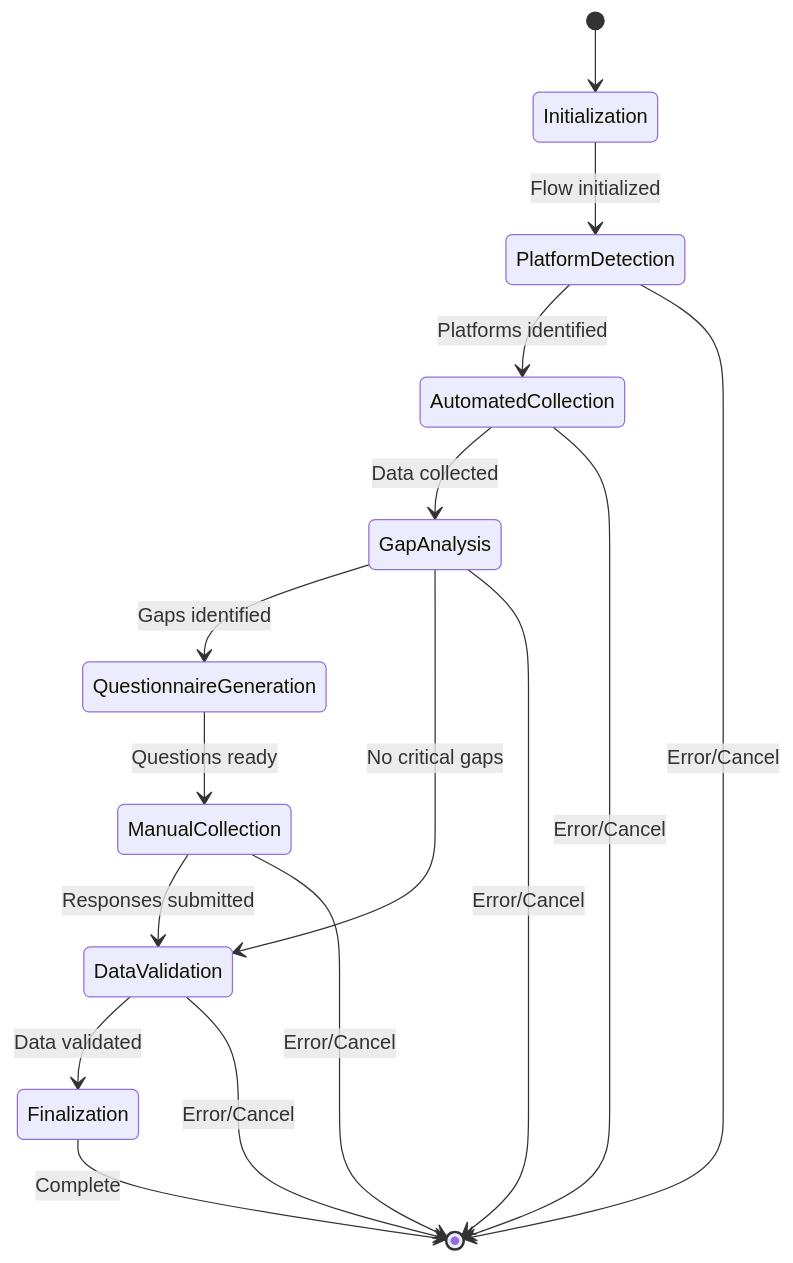
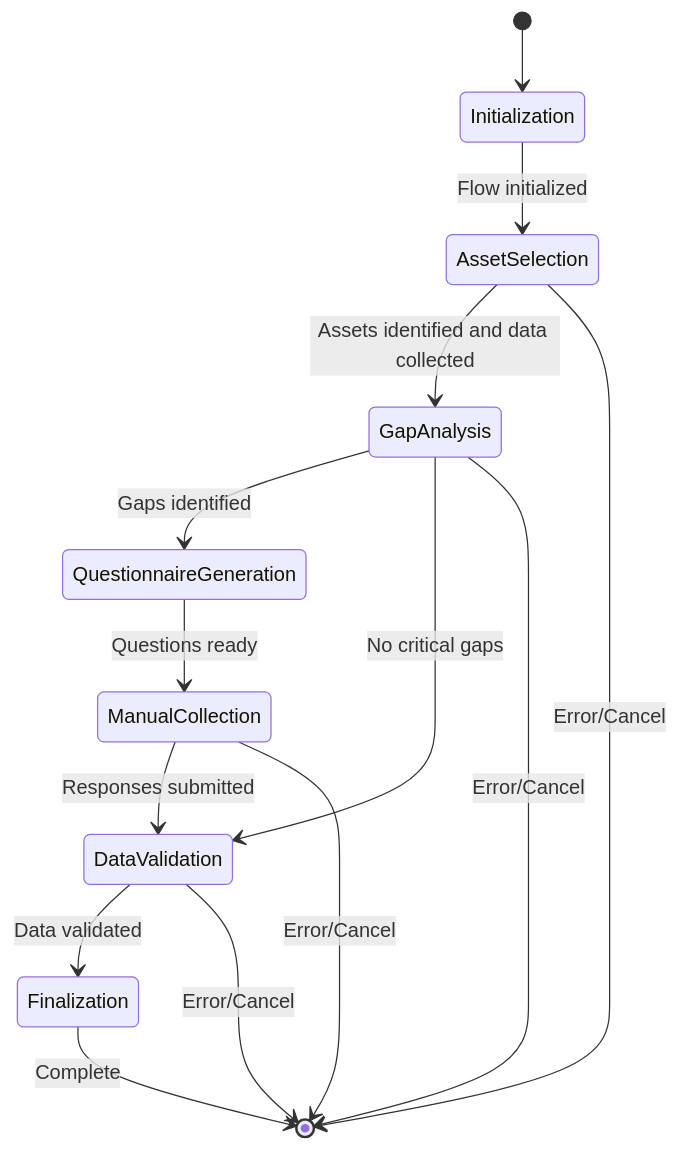
The diagram in docs/e2e-flows/02_Collection/phase-walkthrough.md (amitcjmu/Stock-Analysis), drawn with Mermaid before and after one commit. The commit also changed other lines of this file and 26 other files, not shown here.

````diff
--- a/docs/e2e-flows/02_Collection/phase-walkthrough.md
+++ b/docs/e2e-flows/02_Collection/phase-walkthrough.md
@@ -9,19 +9,17 @@
 ```mermaid
 stateDiagram-v2
     [*] --> Initialization
-    Initialization --> PlatformDetection: Flow initialized
-    PlatformDetection --> AutomatedCollection: Platforms identified
-    AutomatedCollection --> GapAnalysis: Data collected
+    Initialization --> AssetSelection: Flow initialized
+    AssetSelection --> GapAnalysis: Assets identified and data collected
     GapAnalysis --> QuestionnaireGeneration: Gaps identified
     GapAnalysis --> DataValidation: No critical gaps
     QuestionnaireGeneration --> ManualCollection: Questions ready
     ManualCollection --> DataValidation: Responses submitted
     DataValidation --> Finalization: Data validated
     Finalization --> [*]: Complete
-    
-    PlatformDetection --> [*]: Error/Cancel
-    AutomatedCollection --> [*]: Error/Cancel
+
+    AssetSelection --> [*]: Error/Cancel
     GapAnalysis --> [*]: Error/Cancel
     ManualCollection --> [*]: Error/Cancel
     DataValidation --> [*]: Error/Cancel
 ```
````
